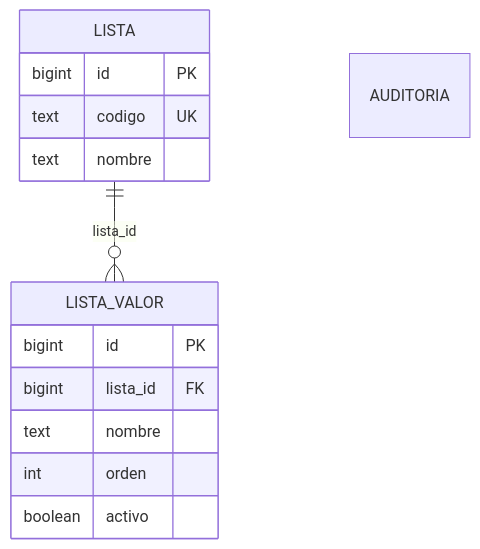
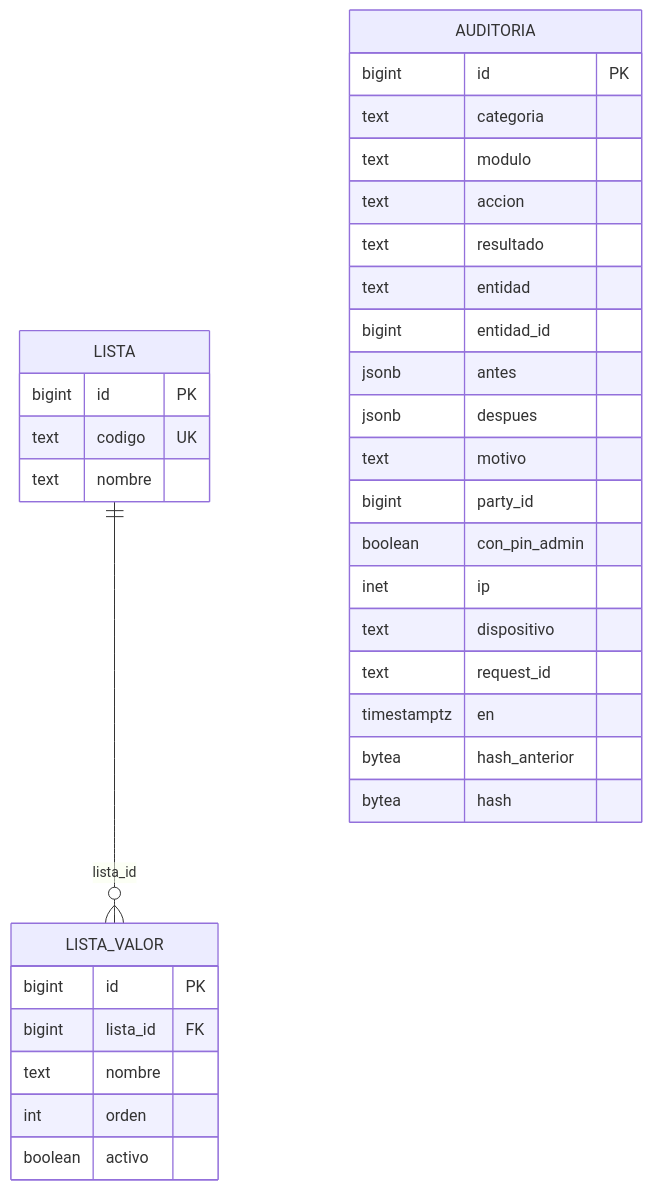
One commit to JoseEM26/caprichos changed the diagram in docs/datos/er/00-comunes.mmd. Above: the diagram before and after it, drawn with Mermaid. The commit also changed 208 other files, not shown here.

```diff
--- a/docs/datos/er/00-comunes.mmd
+++ b/docs/datos/er/00-comunes.mmd
@@ -1,16 +1,34 @@
 erDiagram
   LISTA {
     bigint id PK
     text codigo UK
     text nombre
   }
   LISTA_VALOR {
     bigint id PK
     bigint lista_id FK
     text nombre
     int orden
     boolean activo
   }
   AUDITORIA {
+    bigint id PK
+    text categoria
+    text modulo
+    text accion
+    text resultado
+    text entidad
+    bigint entidad_id
+    jsonb antes
+    jsonb despues
+    text motivo
+    bigint party_id
+    boolean con_pin_admin
+    inet ip
+    text dispositivo
+    text request_id
+    timestamptz en
+    bytea hash_anterior
+    bytea hash
   }
   LISTA ||--o{ LISTA_VALOR : "lista_id"
```
